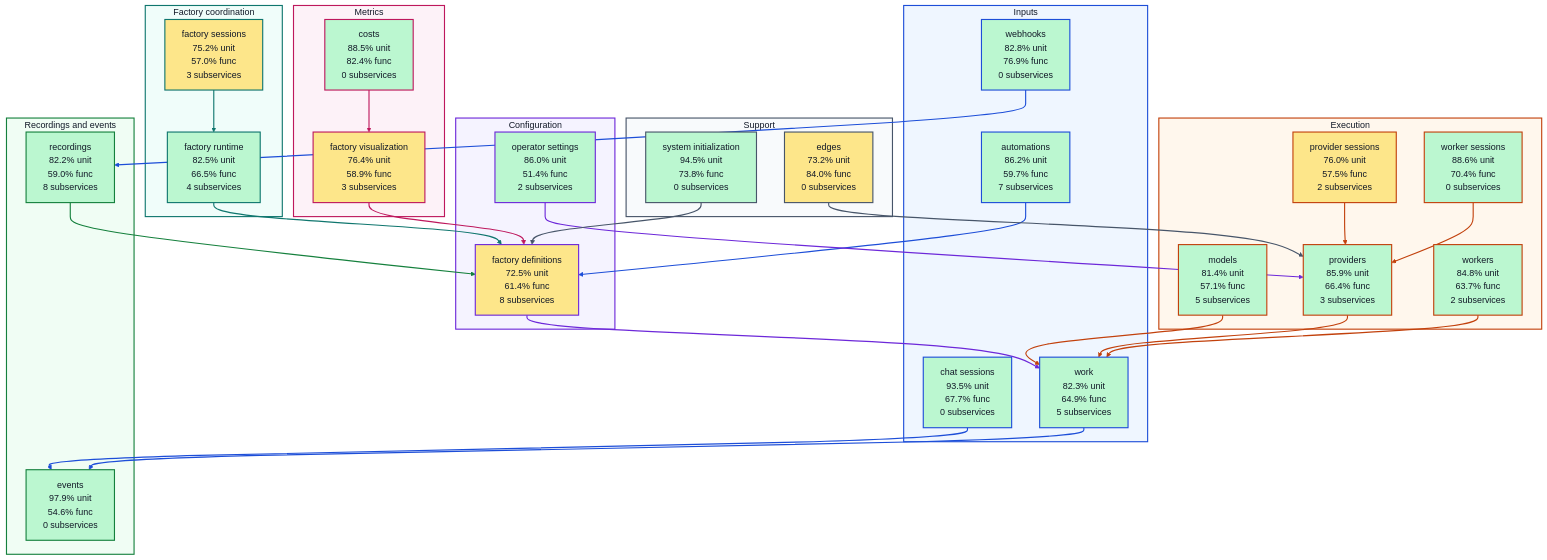
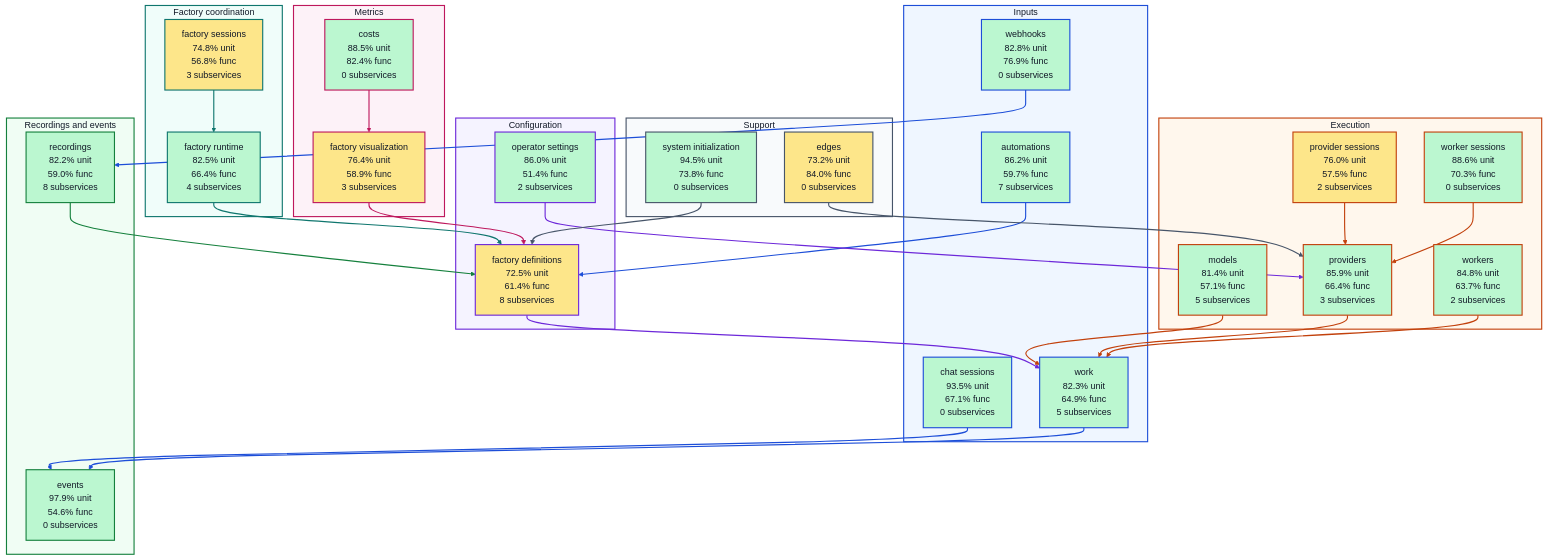
One commit to portpowered/you-agent-factory changed the diagram in docs/architecture/visualizations/high-level-test-coverage.md. Above: the diagram before and after it, drawn with Mermaid (forest theme). The commit also changed other lines of this file and 20 other files, not shown here.

Commit message:
docs: refresh backend architecture visualizations

```diff
--- a/docs/architecture/visualizations/high-level-test-coverage.md
+++ b/docs/architecture/visualizations/high-level-test-coverage.md
@@ -12,7 +12,7 @@
 flowchart TB
   subgraph input["Inputs"]
     s_services_automations["automations<br/>86.2% unit<br/>59.7% func<br/>7 subservices"]
-    s_services_chat_sessions["chat sessions<br/>93.5% unit<br/>67.7% func<br/>0 subservices"]
+    s_services_chat_sessions["chat sessions<br/>93.5% unit<br/>67.1% func<br/>0 subservices"]
     s_services_webhooks["webhooks<br/>82.8% unit<br/>76.9% func<br/>0 subservices"]
     s_services_work["work<br/>82.3% unit<br/>64.9% func<br/>5 subservices"]
   end
@@ -21,14 +21,14 @@
     s_services_operator_settings["operator settings<br/>86.0% unit<br/>51.4% func<br/>2 subservices"]
   end
   subgraph coordination["Factory coordination"]
-    s_services_factory_runtime["factory runtime<br/>82.5% unit<br/>66.5% func<br/>4 subservices"]
-    s_services_factory_sessions["factory sessions<br/>75.2% unit<br/>57.0% func<br/>3 subservices"]
+    s_services_factory_runtime["factory runtime<br/>82.5% unit<br/>66.4% func<br/>4 subservices"]
+    s_services_factory_sessions["factory sessions<br/>74.8% unit<br/>56.8% func<br/>3 subservices"]
   end
   subgraph execution["Execution"]
     s_services_models["models<br/>81.4% unit<br/>57.1% func<br/>5 subservices"]
     s_services_provider_sessions["provider sessions<br/>76.0% unit<br/>57.5% func<br/>2 subservices"]
     s_services_providers["providers<br/>85.9% unit<br/>66.4% func<br/>3 subservices"]
-    s_services_worker_sessions["worker sessions<br/>88.6% unit<br/>70.4% func<br/>0 subservices"]
+    s_services_worker_sessions["worker sessions<br/>88.6% unit<br/>70.3% func<br/>0 subservices"]
     s_services_workers["workers<br/>84.8% unit<br/>63.7% func<br/>2 subservices"]
   end
   subgraph recordings["Recordings and events"]
```
